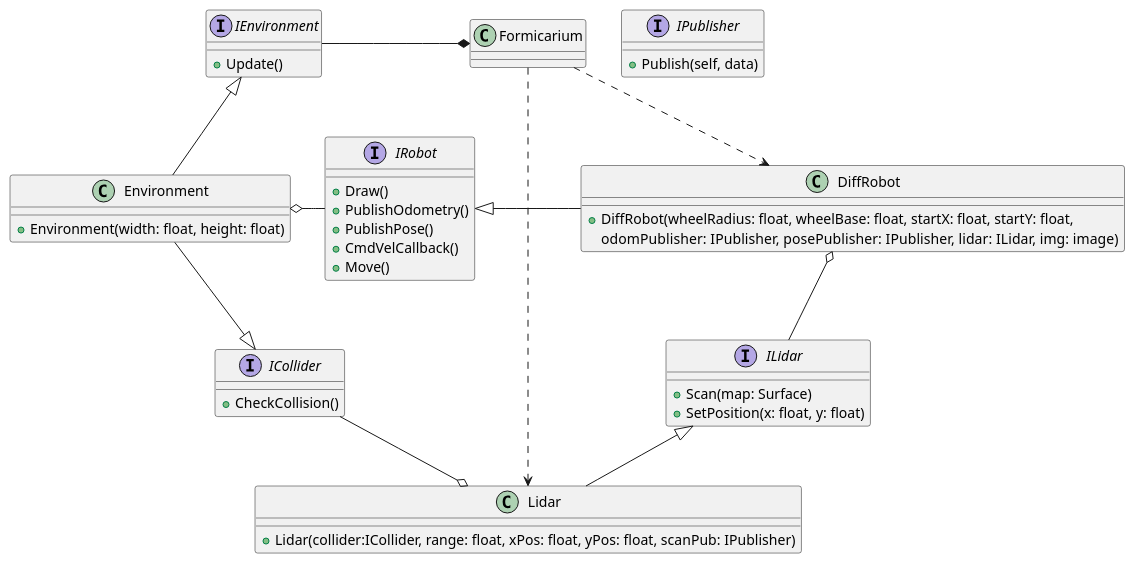
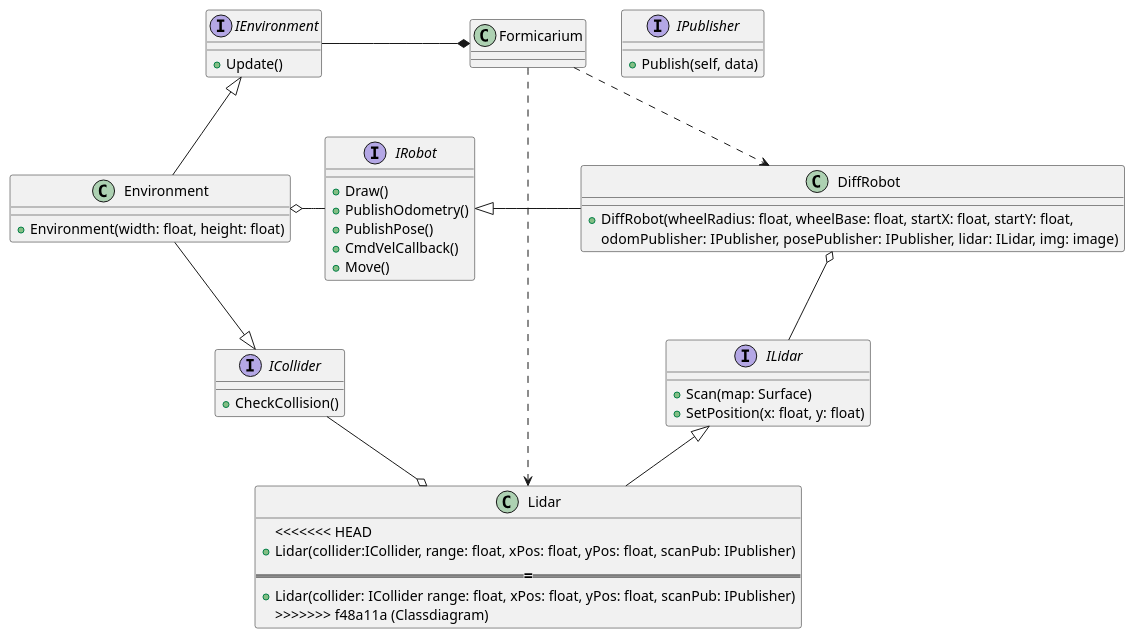
The diagram in design/Classdiagram.puml (TeamSolenopsis/Formicarium), drawn with PlantUML before and after one commit. The commit also changed 1 other file, not shown here.

Commit message:
Classdiagram

```diff
--- a/design/Classdiagram.puml
+++ b/design/Classdiagram.puml
@@ -1,60 +1,64 @@
 @startuml
 
 class Formicarium{
 
 }
 
 interface IEnvironment{
     +Update()
 }
 
 interface ICollider{
     +CheckCollision()
 }
 
 class Environment{
     +Environment(width: float, height: float)
 }
 
 interface IPublisher{
     +Publish(self, data)
 }
 
 interface IRobot{
     +Draw()
     +PublishOdometry()
     +PublishPose()
     +CmdVelCallback()
     +Move()
 }
 
 class DiffRobot{
     +DiffRobot(wheelRadius: float, wheelBase: float, startX: float, startY: float,
                  odomPublisher: IPublisher, posePublisher: IPublisher, lidar: ILidar, img: image)
 }
 
 interface ILidar{
     +Scan(map: Surface)
     +SetPosition(x: float, y: float)
 }
 
 class Lidar{
+<<<<<<< HEAD
     +Lidar(collider:ICollider, range: float, xPos: float, yPos: float, scanPub: IPublisher)
+=======
+    +Lidar(collider: ICollider range: float, xPos: float, yPos: float, scanPub: IPublisher)
+>>>>>>> f48a11a (Classdiagram)
 }
 
 IEnvironment <|-- Environment
 ICollider <|-left- Environment
 Formicarium *-left- IEnvironment
 Environment o-right- IRobot 
 
 Formicarium ..> Lidar
 Formicarium ..> DiffRobot
 
 IRobot <|-right- DiffRobot
 ILidar <|-- Lidar
 DiffRobot o-- ILidar
 Lidar o-left- ICollider
 
 
 
 @enduml
```
